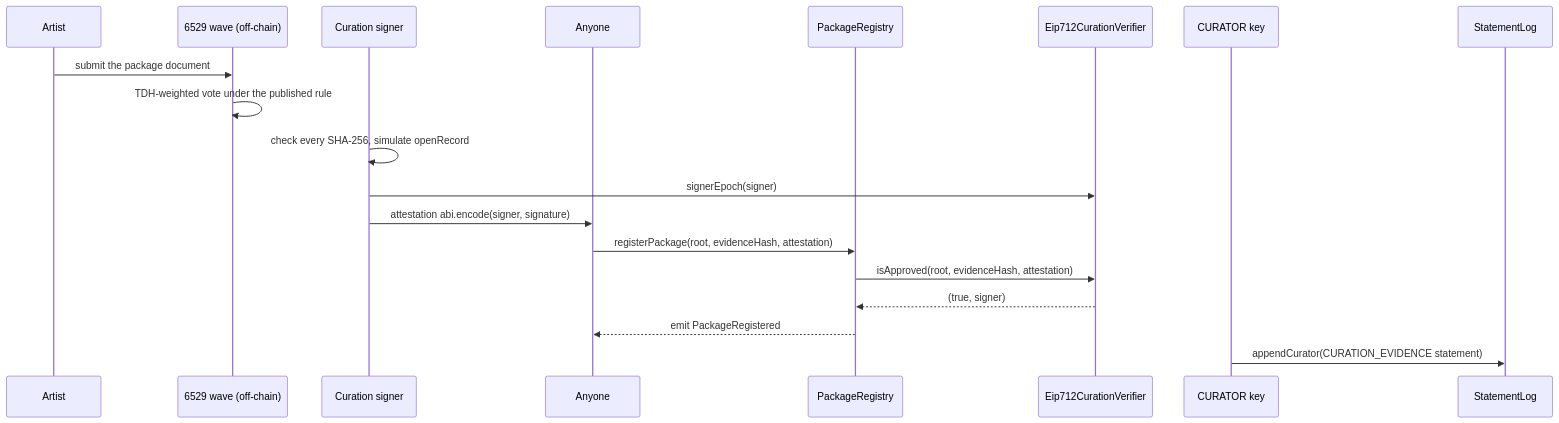
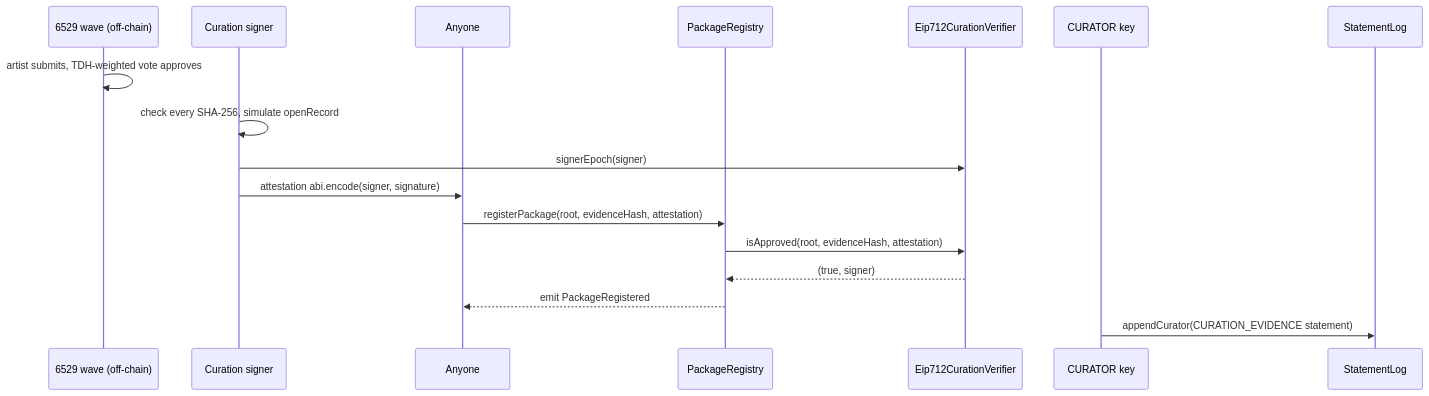
Before and after one commit to 6529-Collections/6529-works: the fourth of 8 diagrams in docs/spec/curation.md, drawn with Mermaid. The commit also changed other lines of this file and 36 other files, not shown here.

````diff
--- a/docs/spec/curation.md
+++ b/docs/spec/curation.md
@@ -277,21 +238,19 @@
 ```mermaid
 sequenceDiagram
-    participant Artist as Artist
     participant Wave as 6529 wave (off-chain)
     participant Signer as Curation signer
     participant Anyone as Anyone
     participant Registry as PackageRegistry
     participant Verifier as Eip712CurationVerifier
     participant Curator as CURATOR key
     participant Log as StatementLog
-    Artist->>Wave: submit the package document
-    Wave->>Wave: TDH-weighted vote under the published rule
+    Wave->>Wave: artist submits, TDH-weighted vote approves
     Signer->>Signer: check every SHA-256, simulate openRecord
     Signer->>Verifier: signerEpoch(signer)
     Signer->>Anyone: attestation abi.encode(signer, signature)
     Anyone->>Registry: registerPackage(root, evidenceHash, attestation)
     Registry->>Verifier: isApproved(root, evidenceHash, attestation)
     Verifier-->>Registry: (true, signer)
     Registry-->>Anyone: emit PackageRegistered
     Curator->>Log: appendCurator(CURATION_EVIDENCE statement)
 ```
````
